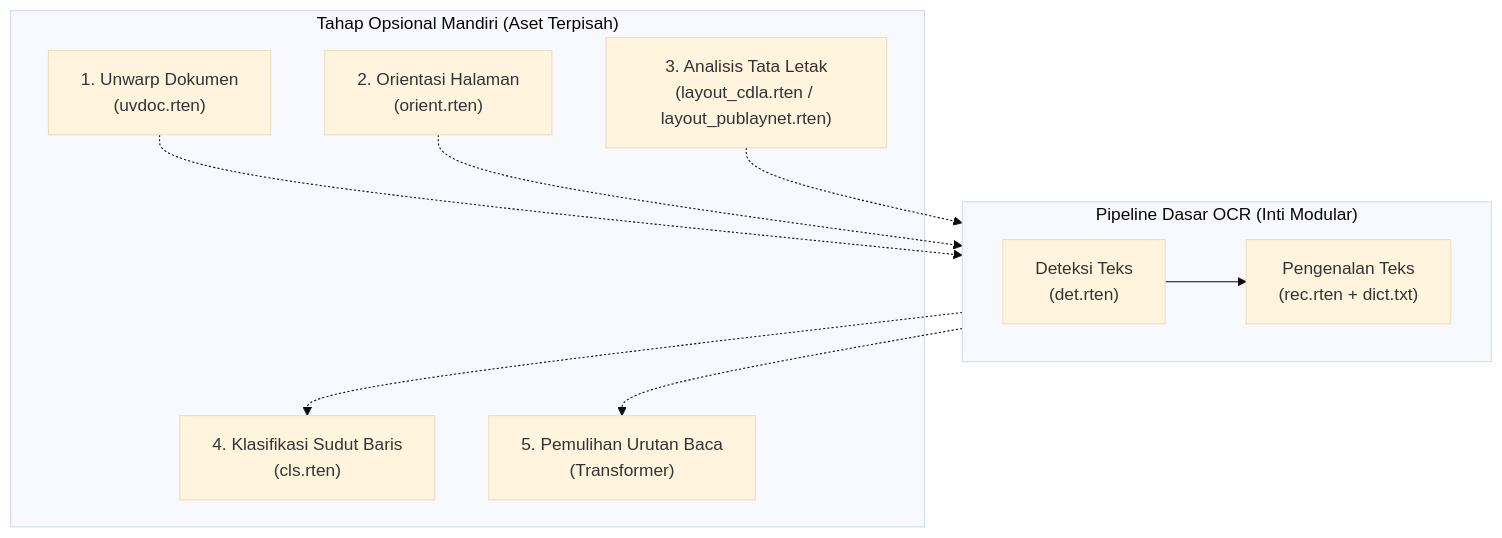
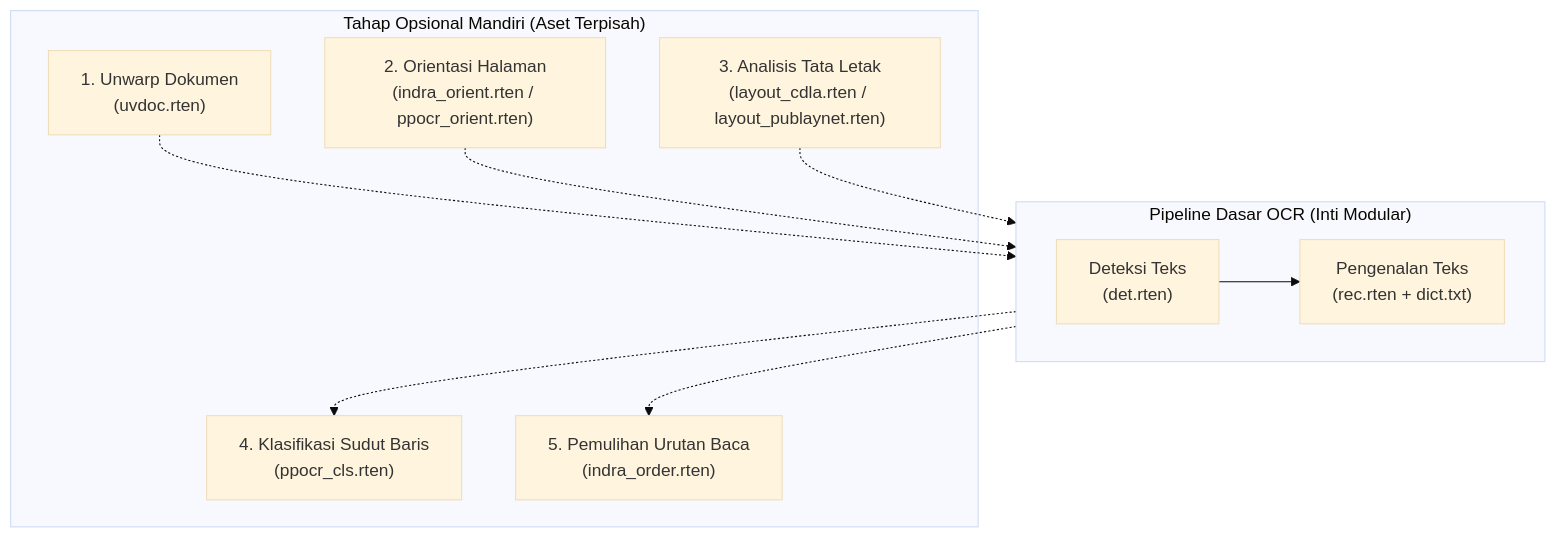
One commit to byrizki/rusto-rs changed the first of 2 diagrams in docs/content/id/03.advance-guide/01.models-and-tiers.md. Above: the diagram before and after it, drawn with Mermaid (base theme). The commit also changed other lines of this file and 8 other files, not shown here.

Commit message:
docs: separate base vs multilingual models, standardize indra_order.rten, and report int8 benchmark

````diff
--- a/docs/content/id/03.advance-guide/01.models-and-tiers.md
+++ b/docs/content/id/03.advance-guide/01.models-and-tiers.md
@@ -36,20 +41,20 @@
 ```mermaid
 flowchart TD
     subgraph BASE["Pipeline Dasar OCR (Inti Modular)"]
         DET["Deteksi Teks<br/>(det.rten)"] --> REC["Pengenalan Teks<br/>(rec.rten + dict.txt)"]
     end
 
     subgraph EXTRAS["Tahap Opsional Mandiri (Aset Terpisah)"]
         UNWARP["1. Unwarp Dokumen<br/>(uvdoc.rten)"]
-        ORIENT["2. Orientasi Halaman<br/>(orient.rten)"]
+        ORIENT["2. Orientasi Halaman<br/>(indra_orient.rten / ppocr_orient.rten)"]
         LAYOUT["3. Analisis Tata Letak<br/>(layout_cdla.rten / layout_publaynet.rten)"]
-        CLS["4. Klasifikasi Sudut Baris<br/>(cls.rten)"]
-        ORDER["5. Pemulihan Urutan Baca<br/>(Transformer)"]
+        CLS["4. Klasifikasi Sudut Baris<br/>(ppocr_cls.rten)"]
+        ORDER["5. Pemulihan Urutan Baca<br/>(indra_order.rten)"]
     end
 
     UNWARP -.-> BASE
     ORIENT -.-> BASE
     LAYOUT -.-> BASE
     BASE -.-> CLS
     BASE -.-> ORDER
 ```
````
